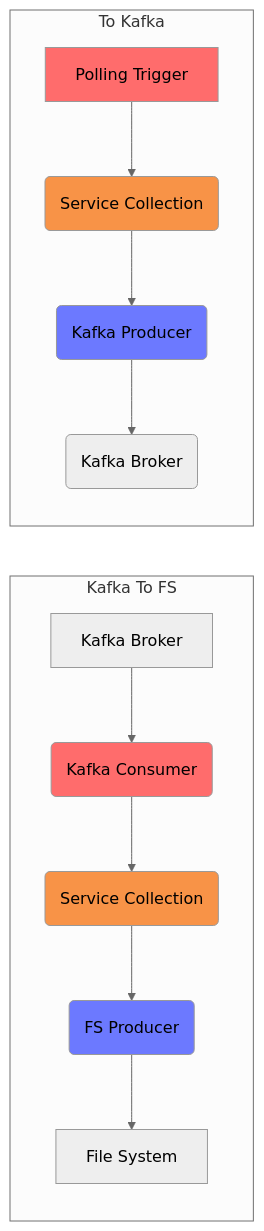
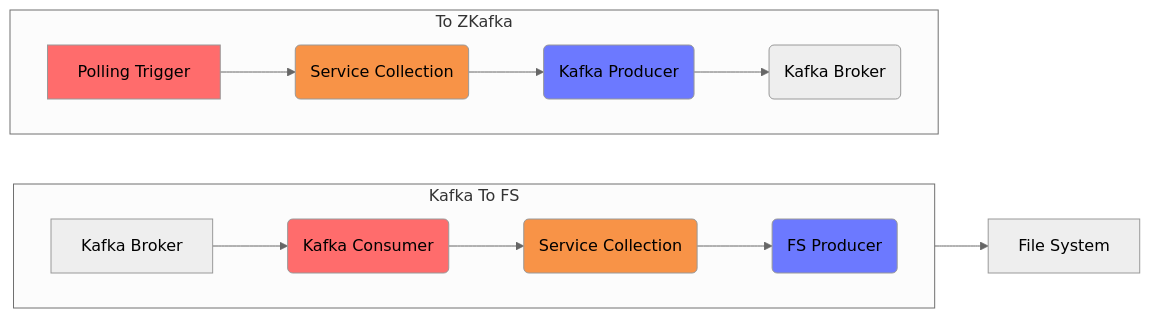
One commit to interlok-testing/testing_kafka changed the diagram in README.md. Above: the diagram before and after it, drawn with Mermaid (neutral theme). The commit also changed other lines of this file and 5 other files, not shown here.

````diff
--- a/README.md
+++ b/README.md
@@ -13,21 +16,23 @@
 ```mermaid
 graph LR
   subgraph Kafka To FS
+    direction LR
     KB2[Kafka Broker] --> K_C(Kafka Consumer)
     K_C --> SC2(Service Collection)
     SC2 --> FS_P(FS Producer)
-    FS_P --> FS[File System]
   end
-  subgraph To Kafka
+  FS_P --> FS[File System]
+  subgraph To ZKafka
+    direction LR
     PT_C[Polling Trigger] --> SC1(Service Collection)
     SC1 --> K_P(Kafka Producer)
-	K_P --> KB1(Kafka Broker)
+    K_P --> KB1(Kafka Broker)
   end
 
   style PT_C fill:#FF6C6C
   style K_C fill:#FF6C6C
   style K_P fill:#6C79FF
   style FS_P fill:#6C79FF
   style SC1 fill: #F89347
   style SC2 fill: #F89347
 ```
````
